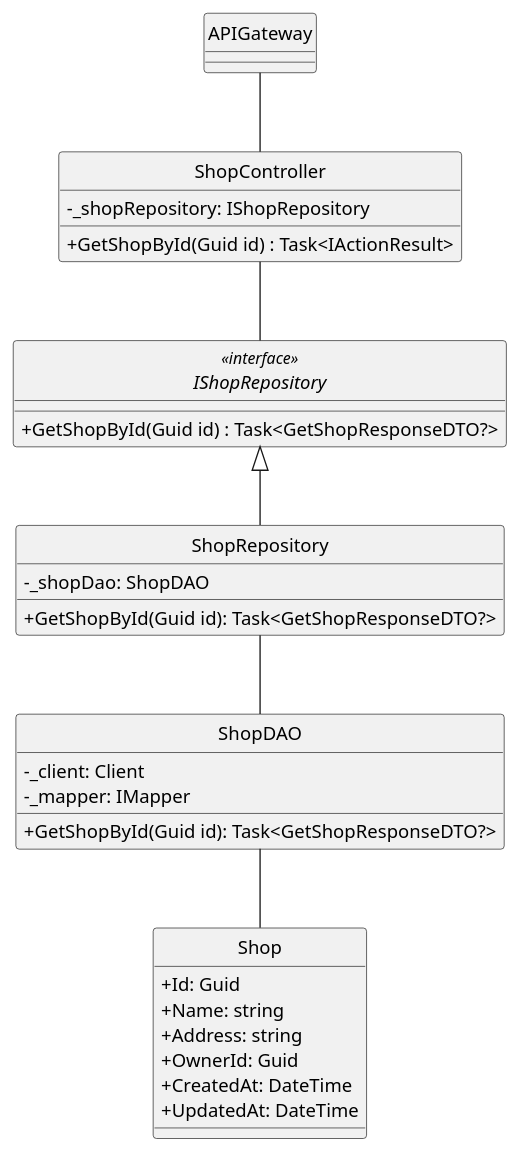
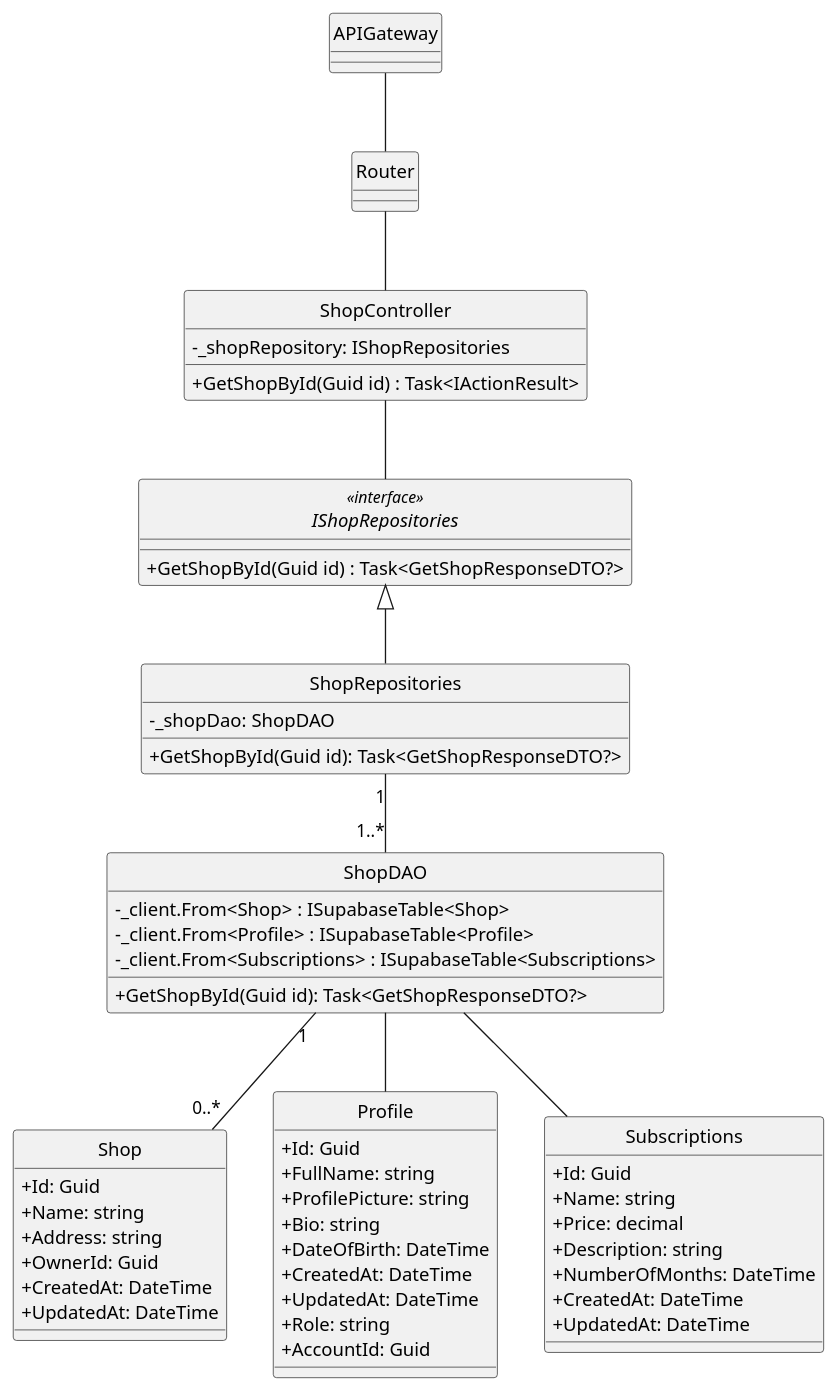
The diagram in docs/ClassDiagram/Shop/GetShopById.plantuml (minhnhut23/FPT-OBOMS), drawn with PlantUML before and after one commit. The commit also changed 9 other files, not shown here.

```diff
--- a/docs/ClassDiagram/Shop/GetShopById.plantuml
+++ b/docs/ClassDiagram/Shop/GetShopById.plantuml
@@ -1,43 +1,71 @@
 @startuml
 hide circle
 skinparam classAttributeIconSize 0
 
 class APIGateway {
 }
 
+class Router {
+}
 
 class ShopController {
-    - _shopRepository: IShopRepository
+    - _shopRepository: IShopRepositories
     + GetShopById(Guid id) : Task<IActionResult> 
 }
 
-interface IShopRepository<<interface>> {
+interface IShopRepositories<<interface>> {
     + GetShopById(Guid id) : Task<GetShopResponseDTO?> 
 }
 
-class ShopRepository {
+class ShopRepositories {
     - _shopDao: ShopDAO
     + GetShopById(Guid id): Task<GetShopResponseDTO?>
 }
 
 class ShopDAO {
-    - _client: Client
-    - _mapper: IMapper
+   - _client.From<Shop> : ISupabaseTable<Shop>
+    - _client.From<Profile> : ISupabaseTable<Profile>
+    - _client.From<Subscriptions> : ISupabaseTable<Subscriptions>
     + GetShopById(Guid id): Task<GetShopResponseDTO?> 
 }
 
 class Shop {
     + Id: Guid
     + Name: string
     + Address: string
     + OwnerId: Guid
     + CreatedAt: DateTime
     + UpdatedAt: DateTime
 }
 
-APIGateway -- ShopController
-ShopController -- IShopRepository
-IShopRepository <|-- ShopRepository
-ShopRepository -- ShopDAO
-ShopDAO -- Shop
+class Profile {
+    + Id: Guid
+    + FullName: string
+    + ProfilePicture: string
+    + Bio: string
+    + DateOfBirth: DateTime
+    + CreatedAt: DateTime
+    + UpdatedAt: DateTime
+    + Role: string
+    + AccountId: Guid
+}
+
+class Subscriptions {
+    + Id: Guid
+    + Name: string
+    + Price: decimal
+    + Description: string
+    + NumberOfMonths: DateTime
+    + CreatedAt: DateTime
+    + UpdatedAt: DateTime
+}
+
+APIGateway --  Router
+Router -- ShopController
+ShopController -- IShopRepositories
+IShopRepositories <|-- ShopRepositories
+ShopRepositories "1"--"1..*" ShopDAO
+ShopDAO "1" -- "0..*" Shop
+ShopDAO -- Profile
+ShopDAO -- Subscriptions
 @enduml
```
